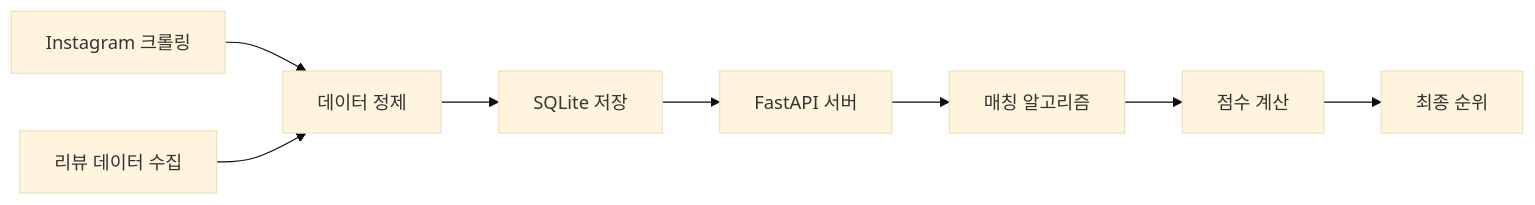
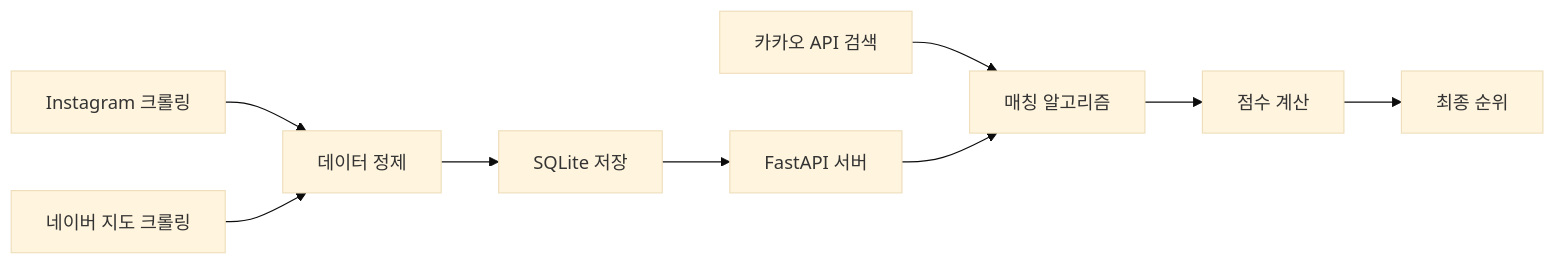
One commit to Seungminnni/Matspot changed the diagram in README.md. Above: the diagram before and after it, drawn with Mermaid (base theme). The commit also changed other lines of this file, not shown here.

````diff
--- a/README.md
+++ b/README.md
@@ -202,10 +218,11 @@
 ```mermaid
 graph LR
-    A[Instagram 크롤링] --> B[데이터 정제]
-    C[리뷰 데이터 수집] --> B
-    B --> D[SQLite 저장]
-    D --> E[FastAPI 서버]
-    E --> F[매칭 알고리즘]
-    F --> G[점수 계산]
-    G --> H[최종 순위]
+    A[Instagram 크롤링] --> D[데이터 정제]
+    B[네이버 지도 크롤링] --> D
+    C[카카오 API 검색] --> E[매칭 알고리즘]
+    D --> F[SQLite 저장]
+    F --> G[FastAPI 서버]
+    G --> E
+    E --> H[점수 계산]
+    H --> I[최종 순위]
 ```
````
